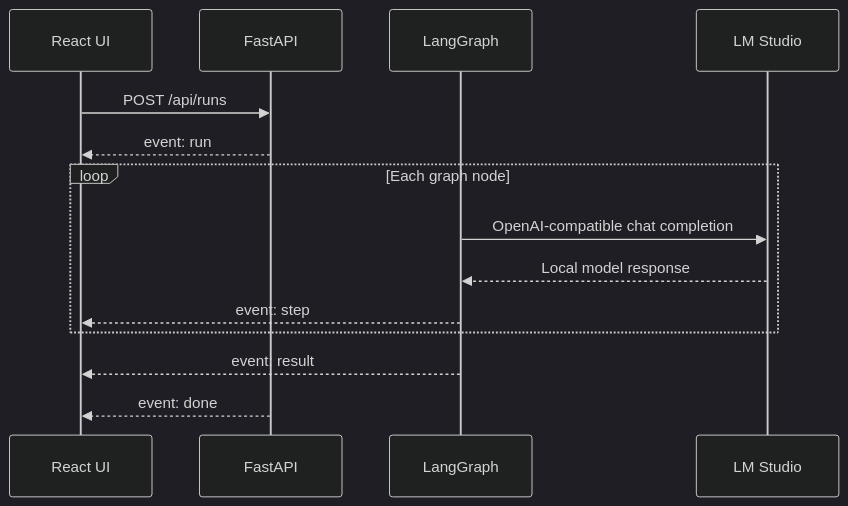
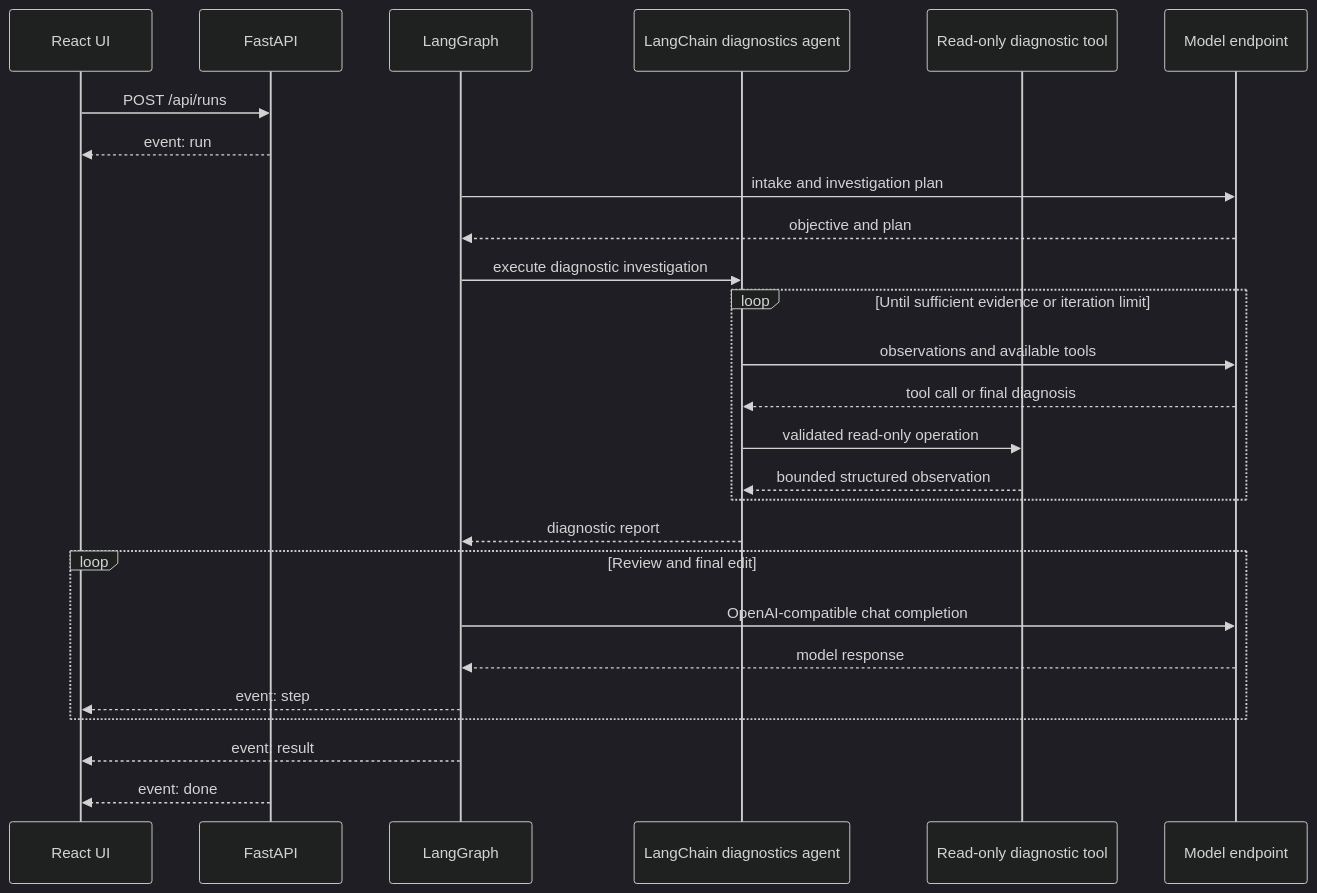
One commit to shailesh7382/agentic-flow changed the fourth of 4 diagrams in README.md. Above: the diagram before and after it, drawn with Mermaid (dark theme). The commit also changed other lines of this file and 22 other files, not shown here.

````diff
--- a/README.md
+++ b/README.md
@@ -93,17 +135,29 @@
 ```mermaid
 sequenceDiagram
     participant UI as React UI
     participant API as FastAPI
     participant Graph as LangGraph
-    participant LM as LM Studio
+    participant Agent as LangChain diagnostics agent
+    participant Tool as Read-only diagnostic tool
+    participant LM as Model endpoint
 
     UI->>API: POST /api/runs
     API-->>UI: event: run
-    loop Each graph node
+    Graph->>LM: intake and investigation plan
+    LM-->>Graph: objective and plan
+    Graph->>Agent: execute diagnostic investigation
+    loop Until sufficient evidence or iteration limit
+        Agent->>LM: observations and available tools
+        LM-->>Agent: tool call or final diagnosis
+        Agent->>Tool: validated read-only operation
+        Tool-->>Agent: bounded structured observation
+    end
+    Agent-->>Graph: diagnostic report
+    loop Review and final edit
         Graph->>LM: OpenAI-compatible chat completion
-        LM-->>Graph: Local model response
+        LM-->>Graph: model response
         Graph-->>UI: event: step
     end
     Graph-->>UI: event: result
     API-->>UI: event: done
 ```
````
